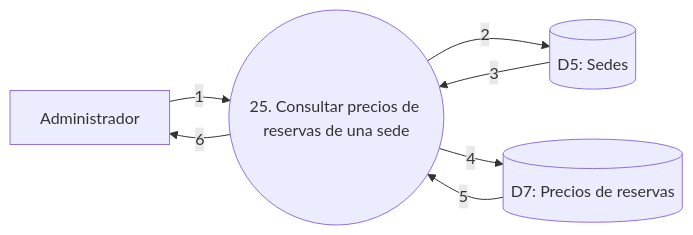
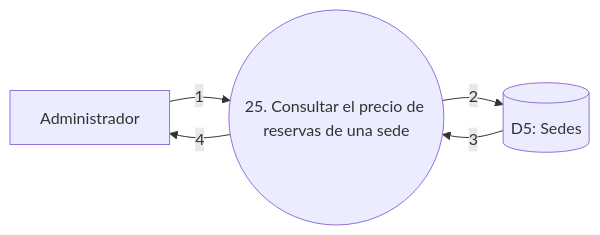
Before and after one commit to fasempertegui/Matchpoint-Taller: diagram 25 of 33 in docs/DFD.md, drawn with Mermaid. The commit also changed other lines of this file and 3 other files, not shown here.

````diff
--- a/docs/DFD.md
+++ b/docs/DFD.md
@@ -762,14 +762,11 @@
 ```mermaid
 flowchart LR
     A[Administrador]
-    P((25. Consultar precios de reservas de una sede))
+    P((25. Consultar el precio de reservas de una sede))
     D5[(D5: Sedes)]
-    D7[(D7: Precios de reservas)]
 
     A -->|1| P
     P -->|2| D5
     D5 -->|3| P
-    P -->|4| D7
-    D7 -->|5| P
-    P -->|6| A
+    P -->|4| A
 ```
````
